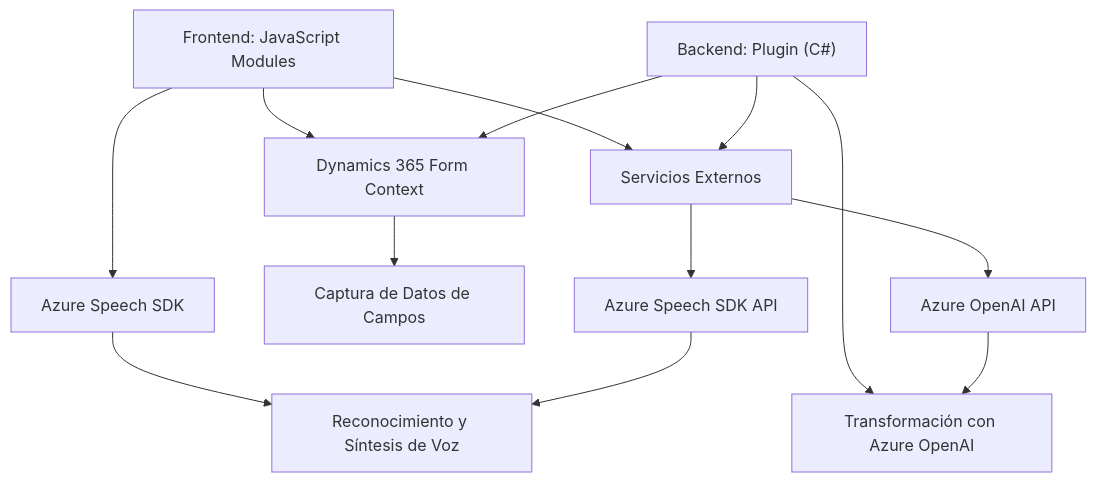
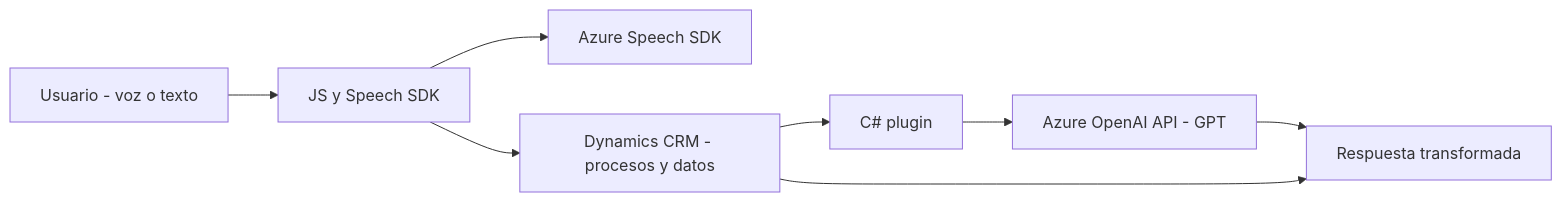
The diagram in README.md (blopezdm/NETCORE_BILBAO2025), drawn with Mermaid before and after one commit. The commit also changed other lines of this file, not shown here.

Commit message:
Actualizar análisis global de la solución con IA

````diff
--- a/README.md
+++ b/README.md
@@ -47,16 +47,10 @@
 ```mermaid
-graph TD
-    A["Frontend: JavaScript Modules"] --> B["Azure Speech SDK"]
-    A --> C["Dynamics 365 Form Context"]
-    B --> D["Reconocimiento y Síntesis de Voz"]
-    C --> E["Captura de Datos de Campos"]
-    A --> F["Servicios Externos"]
-    F --> G["Azure Speech SDK API"]
-    F --> H["Azure OpenAI API"]
-
-    I["Backend: Plugin (C#)"] --> F
-    I --> C
-    I --> J["Transformación con Azure OpenAI"]
-    G --> D
-    H --> J
+graph LR
+    A["Usuario - voz o texto"] --> B["JS y Speech SDK"]
+    B --> C["Azure Speech SDK"]
+    B --> D["Dynamics CRM - procesos y datos"]
+    D --> E["C# plugin"]
+    E --> F["Azure OpenAI API - GPT"]
+    F --> G["Respuesta transformada"]
+    D --> G
 ```
````
